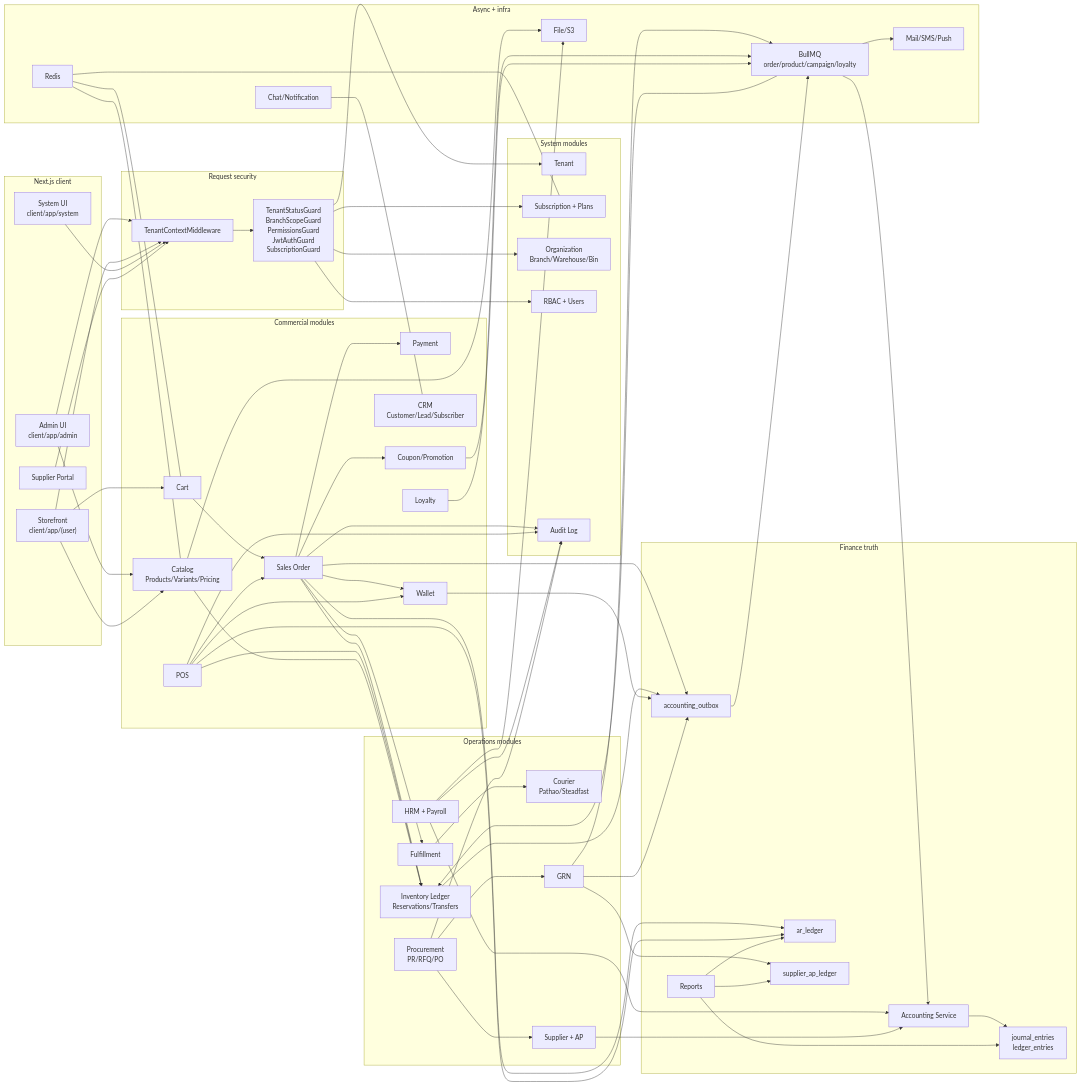
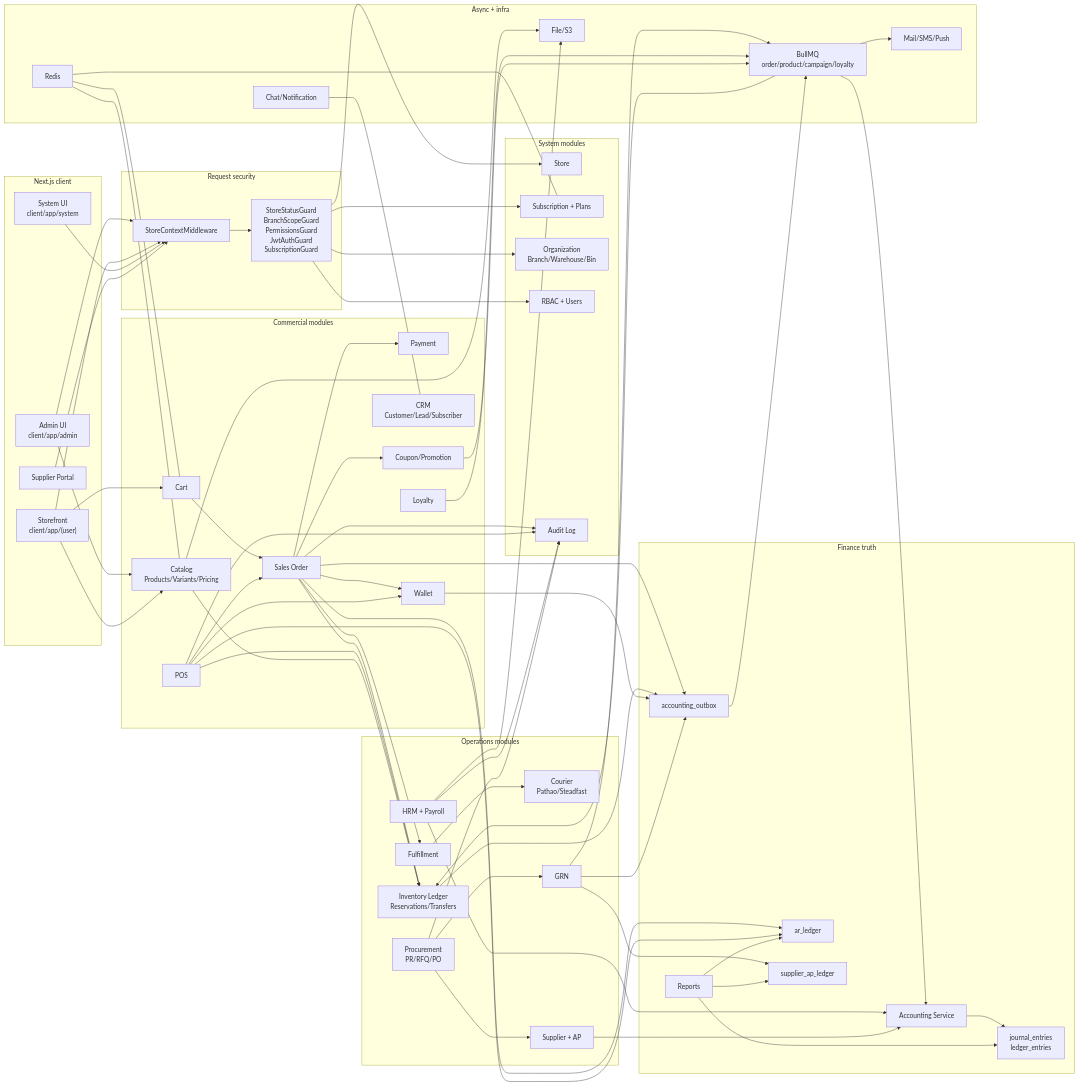
One commit to gowtamkumar/eCommerce-multi-store-saas-erp changed the first of 6 diagrams in doc/system-design/erp_master_dataflow.md. Above: the diagram before and after it, drawn with Mermaid. The commit also changed other lines of this file and 764 other files, not shown here.

```diff
--- a/doc/system-design/erp_master_dataflow.md
+++ b/doc/system-design/erp_master_dataflow.md
@@ -232,12 +232,12 @@
   end
 
   subgraph Security["Request security"]
-    TenantCtx["TenantContextMiddleware"]
-    Guards["TenantStatusGuard<br/>BranchScopeGuard<br/>PermissionsGuard<br/>JwtAuthGuard<br/>SubscriptionGuard"]
+    StoreCtx["StoreContextMiddleware"]
+    Guards["StoreStatusGuard<br/>BranchScopeGuard<br/>PermissionsGuard<br/>JwtAuthGuard<br/>SubscriptionGuard"]
   end
 
   subgraph Platform["System modules"]
-    Tenant["Tenant"]
+    Store["Store"]
     Subscription["Subscription + Plans"]
     Org["Organization<br/>Branch/Warehouse/Bin"]
     RBAC["RBAC + Users"]
@@ -283,12 +283,12 @@
     Chat["Chat/Notification"]
   end
 
-  AdminUI --> TenantCtx --> Guards
-  Storefront --> TenantCtx
-  SystemUI --> TenantCtx
-  SupplierPortal --> TenantCtx
+  AdminUI --> StoreCtx --> Guards
+  Storefront --> StoreCtx
+  SystemUI --> StoreCtx
+  SupplierPortal --> StoreCtx
 
-  Guards --> Tenant
+  Guards --> Store
   Guards --> Subscription
   Guards --> RBAC
   Guards --> Org
```
